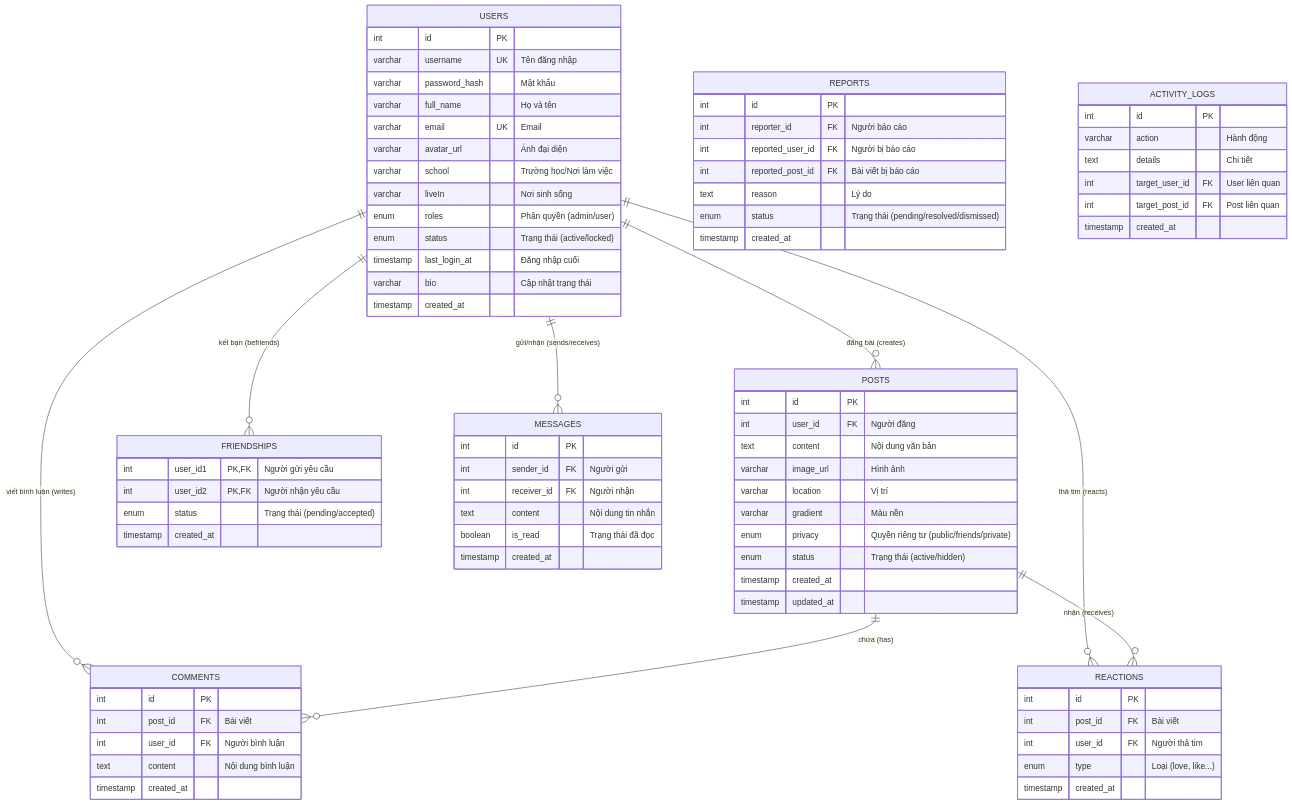
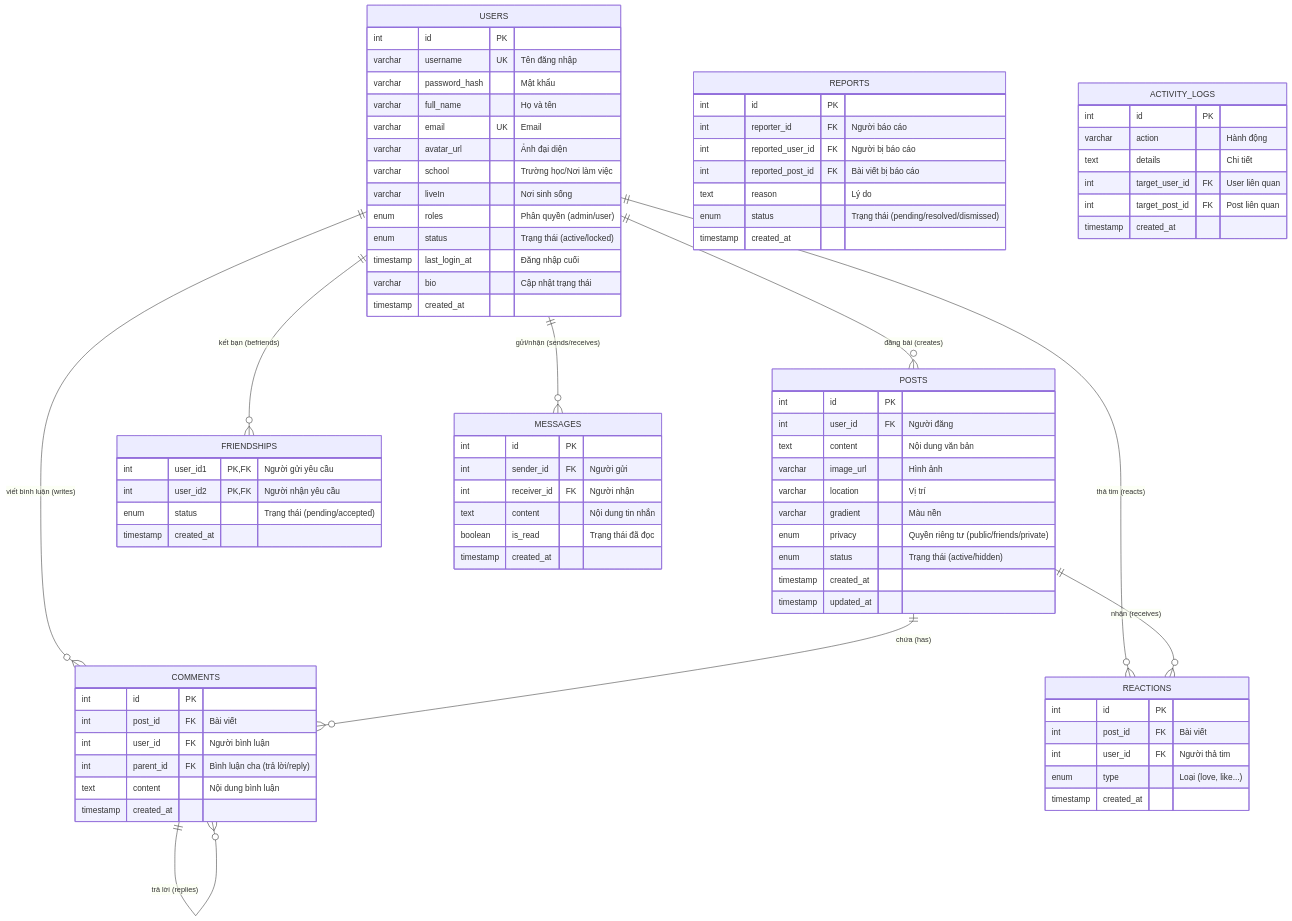
The diagram in mini_social_erd.md (vhieu2k5/Socialita), drawn with Mermaid before and after one commit. The commit also changed 7 other files, not shown here.

````diff
--- a/mini_social_erd.md
+++ b/mini_social_erd.md
@@ -72,6 +72,7 @@
         int id PK
         int post_id FK "Bài viết"
         int user_id FK "Người bình luận"
+        int parent_id FK "Bình luận cha (trả lời/reply)"
         text content "Nội dung bình luận"
         timestamp created_at
     }
@@ -92,4 +93,5 @@
     USERS ||--o{ FRIENDSHIPS : "kết bạn (befriends)"
     POSTS ||--o{ COMMENTS : "chứa (has)"
     POSTS ||--o{ REACTIONS : "nhận (receives)"
+    COMMENTS ||--o{ COMMENTS : "trả lời (replies)"
 ```
````
